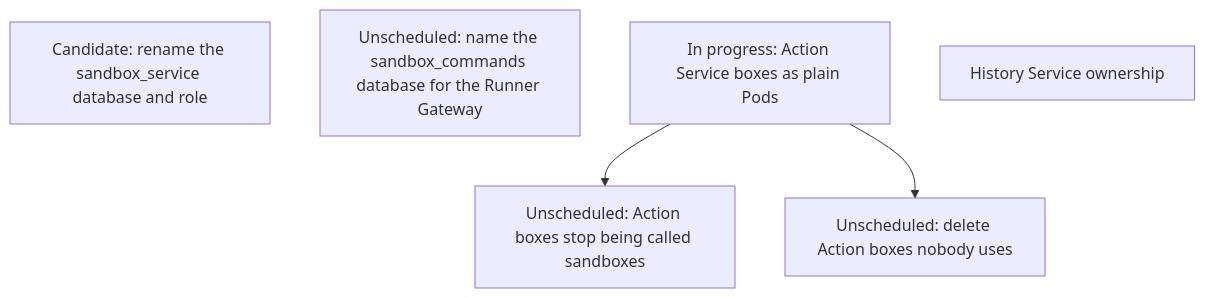
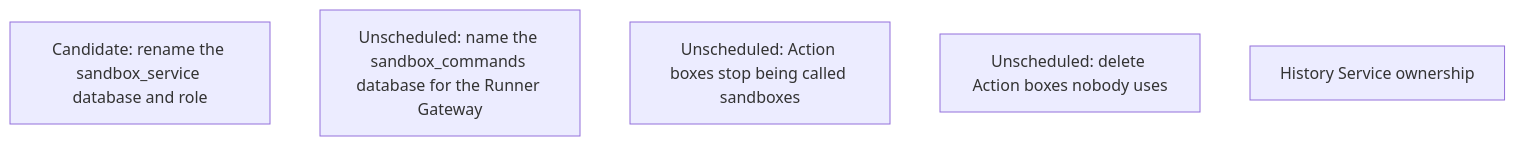
Before and after one commit to agentydragon/ducktape: diagram 12 of 15 in agentplane/plans/task_dag.md, drawn with Mermaid. The commit also changed other lines of this file and 31 other files, not shown here.

First line of the commit message:
agentplane/action_service: staging's boxes become plain Pods; delete kind `sandbox`

````diff
--- a/agentplane/plans/task_dag.md
+++ b/agentplane/plans/task_dag.md
@@ -789,9 +787,8 @@
 ```mermaid
 flowchart TD
     HISTORY_DATABASE_RENAME[Candidate: rename the sandbox_service database and role]
     SANDBOX_DATABASE_RENAME[Unscheduled: name the sandbox_commands database for the Runner Gateway]
-    ACTION_SANDBOX_PODS[In progress: Action Service boxes as plain Pods]
-    ACTION_SANDBOX_PODS --> ACTION_BOX_RENAME[Unscheduled: Action boxes stop being called sandboxes]
-    ACTION_SANDBOX_PODS --> ACTION_BOX_IDLE_REAPER[Unscheduled: delete Action boxes nobody uses]
+    ACTION_BOX_RENAME[Unscheduled: Action boxes stop being called sandboxes]
+    ACTION_BOX_IDLE_REAPER[Unscheduled: delete Action boxes nobody uses]
     HISTORY_SERVICE_OWNERSHIP[History Service ownership]
 ```
````
